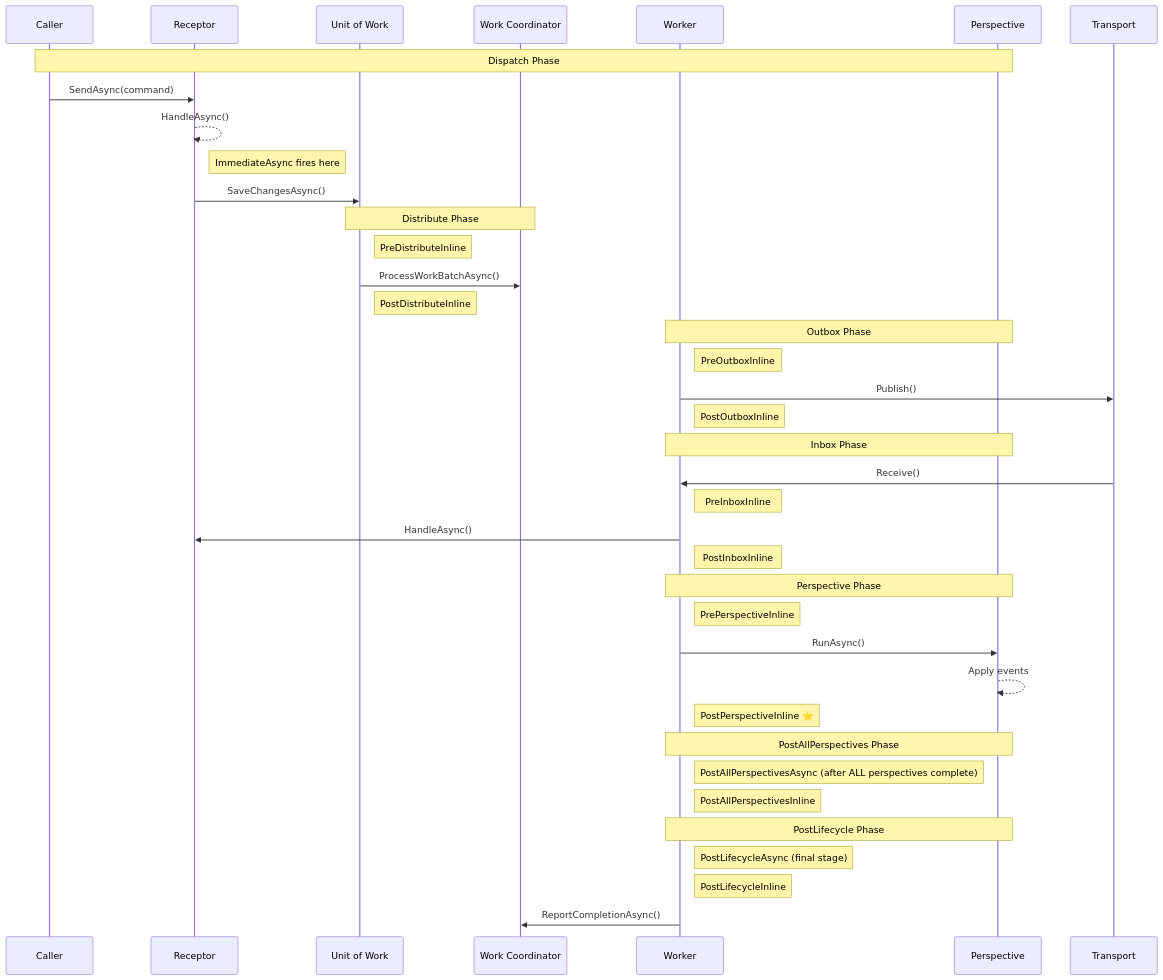
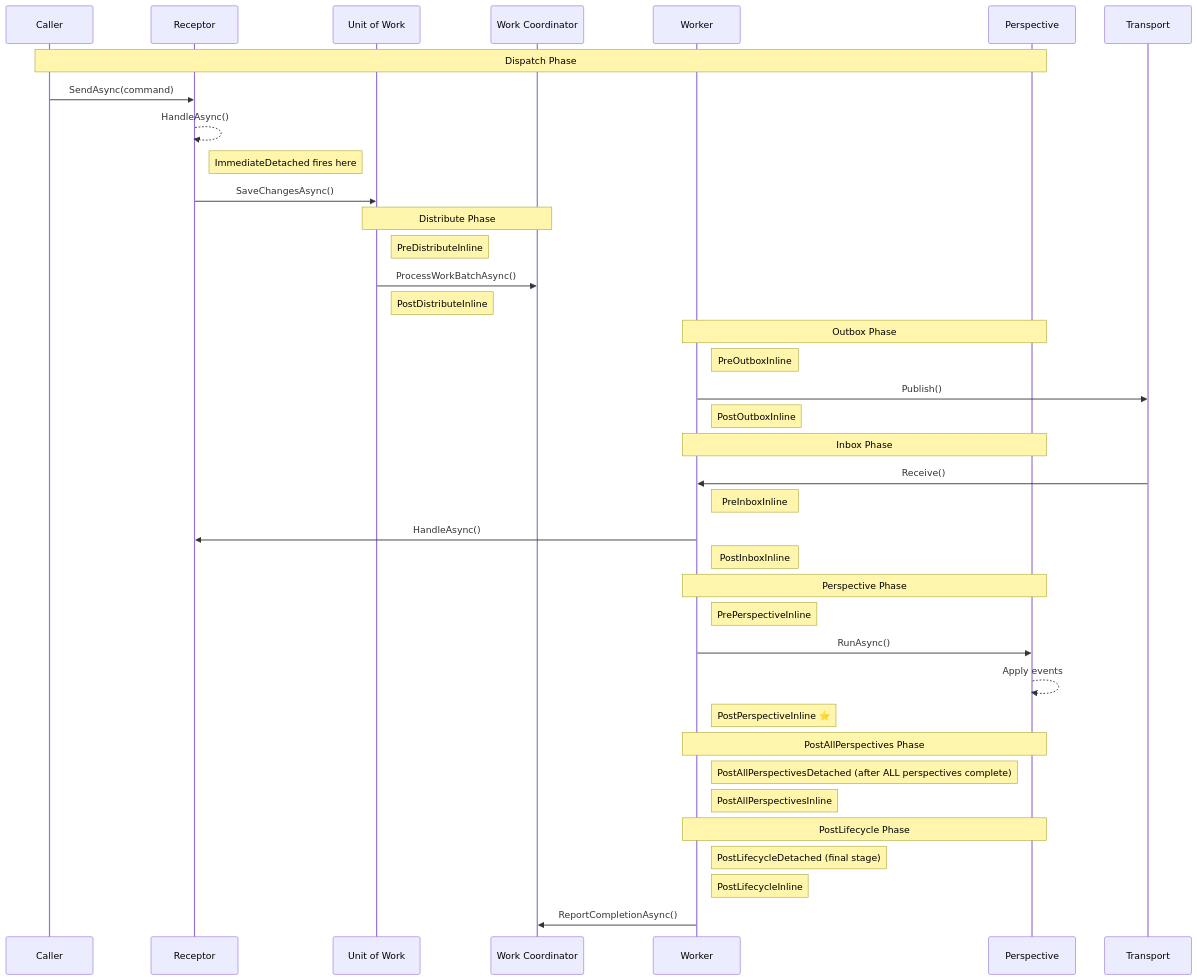
One commit to whizbang-lib/whizbang-lib.github.io changed the third of 3 diagrams in src/assets/docs/v1.0.0/fundamentals/lifecycle/lifecycle-stages.md. Above: the diagram before and after it, drawn with Mermaid. The commit also changed other lines of this file and 107 other files, not shown here.

````diff
--- a/src/assets/docs/v1.0.0/fundamentals/lifecycle/lifecycle-stages.md
+++ b/src/assets/docs/v1.0.0/fundamentals/lifecycle/lifecycle-stages.md
@@ -664,46 +681,46 @@
 ```mermaid
 sequenceDiagram
     participant Caller
     participant Receptor
     participant UOW as Unit of Work
     participant Coordinator as Work Coordinator
     participant Worker
     participant Perspective
 
     Note over Caller,Perspective: Dispatch Phase
     Caller->>Receptor: SendAsync(command)
     Receptor-->>Receptor: HandleAsync()
-    Note right of Receptor: ImmediateAsync fires here
+    Note right of Receptor: ImmediateDetached fires here
     Receptor->>UOW: SaveChangesAsync()
 
     Note over UOW,Coordinator: Distribute Phase
     Note right of UOW: PreDistributeInline
     UOW->>Coordinator: ProcessWorkBatchAsync()
     Note right of UOW: PostDistributeInline
 
     Note over Worker,Perspective: Outbox Phase
     Note right of Worker: PreOutboxInline
     Worker->>Transport: Publish()
     Note right of Worker: PostOutboxInline
 
     Note over Worker,Perspective: Inbox Phase
     Transport->>Worker: Receive()
     Note right of Worker: PreInboxInline
     Worker->>Receptor: HandleAsync()
     Note right of Worker: PostInboxInline
 
     Note over Worker,Perspective: Perspective Phase
     Note right of Worker: PrePerspectiveInline
     Worker->>Perspective: RunAsync()
     Perspective-->>Perspective: Apply events
     Note right of Worker: PostPerspectiveInline ⭐
 
     Note over Worker,Perspective: PostAllPerspectives Phase
-    Note right of Worker: PostAllPerspectivesAsync (after ALL perspectives complete)
+    Note right of Worker: PostAllPerspectivesDetached (after ALL perspectives complete)
     Note right of Worker: PostAllPerspectivesInline
 
     Note over Worker,Perspective: PostLifecycle Phase
-    Note right of Worker: PostLifecycleAsync (final stage)
+    Note right of Worker: PostLifecycleDetached (final stage)
     Note right of Worker: PostLifecycleInline
     Worker->>Coordinator: ReportCompletionAsync()
 ```
````
